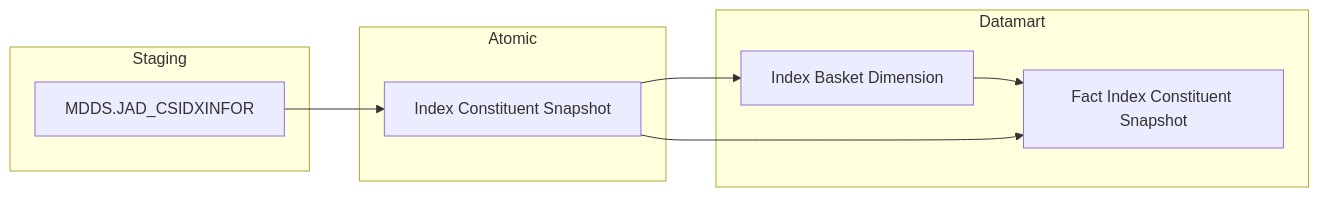
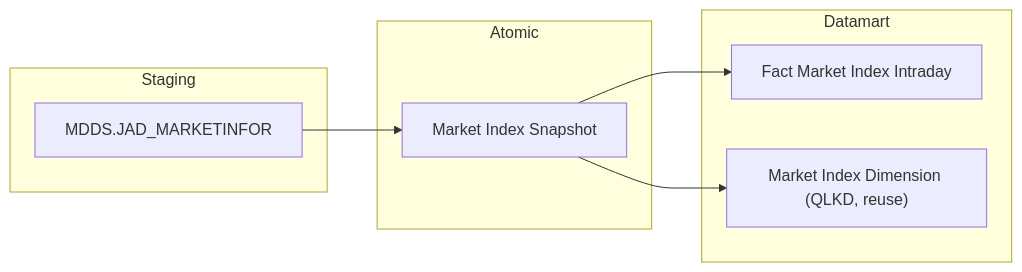
Before and after one commit to linhlvit/ubck_atomic_design: the third of 12 diagrams in Datamart/hld/DTM_GSTT_HLD.md, drawn with Mermaid. The commit also changed other lines of this file and 7 other files, not shown here.

````diff
--- a/Datamart/hld/DTM_GSTT_HLD.md
+++ b/Datamart/hld/DTM_GSTT_HLD.md
@@ -52,17 +94,16 @@
 ```mermaid
 flowchart LR
     subgraph SRC["Staging"]
-        S1bA["MDDS.JAD_CSIDXINFOR"]
+        S2E["MDDS.JAD_MARKETINFOR"]
     end
     subgraph SIL["Atomic"]
-        A1bA["Index Constituent Snapshot"]
+        A2D["Market Index Snapshot"]
     end
     subgraph GOLD["Datamart"]
-        indx_basket_dim["Index Basket Dimension"]
-        fct_indx_cnst_snpst["Fact Index Constituent Snapshot"]
-        indx_basket_dim --> fct_indx_cnst_snpst
+        fct_market_index_intraday["Fact Market Index Intraday"]
+        market_index_dim2["Market Index Dimension (QLKD, reuse)"]
     end
-    S1bA --> A1bA
-    A1bA --> fct_indx_cnst_snpst
-    A1bA --> indx_basket_dim
+    S2E --> A2D
+    A2D --> fct_market_index_intraday
+    A2D --> market_index_dim2
 ```
````
